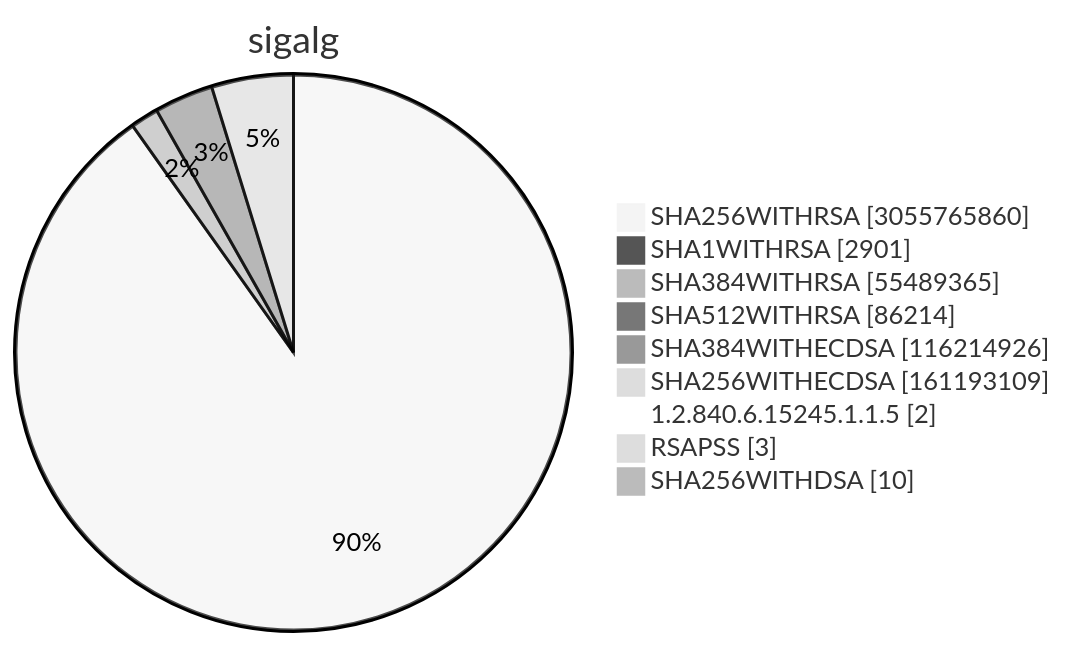
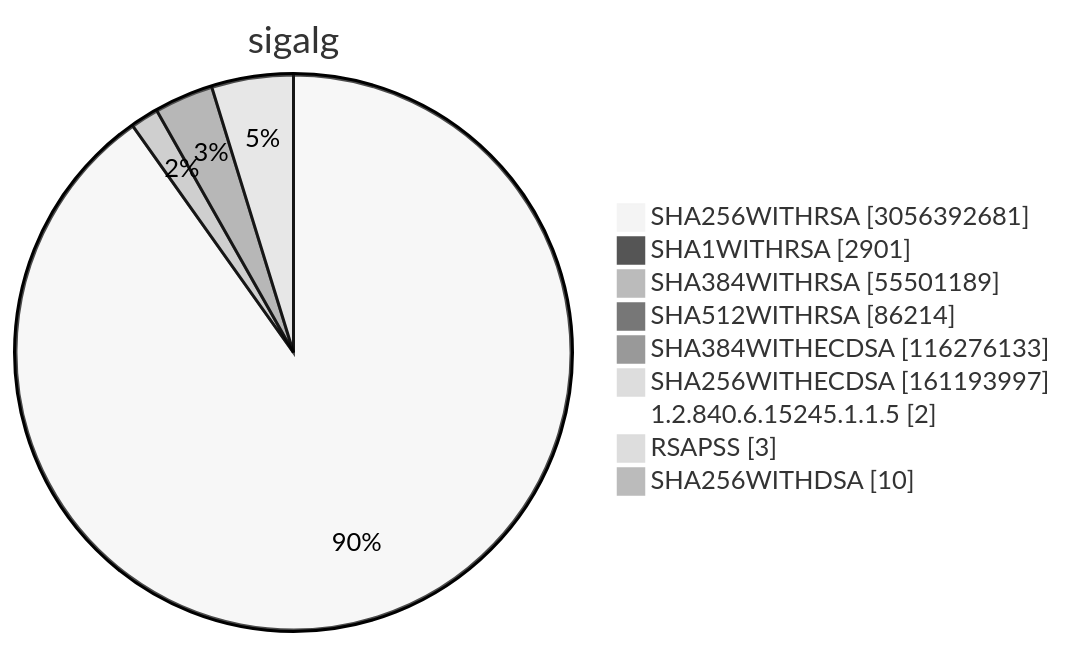
Diagram 15 of 15 in TOTAL/README.md (christiankrug/ctmonitor_visualization), drawn with Mermaid (neutral theme) before and after one commit. The commit also changed other lines of this file, not shown here.

````diff
--- a/TOTAL/README.md
+++ b/TOTAL/README.md
@@ -6209,13 +6209,13 @@
 ```mermaid
 pie showData
 title sigalg
-"SHA256WITHRSA" :3055765860
+"SHA256WITHRSA" :3056392681
 "SHA1WITHRSA" :2901
-"SHA384WITHRSA" :55489365
+"SHA384WITHRSA" :55501189
 "SHA512WITHRSA" :86214
-"SHA384WITHECDSA" :116214926
-"SHA256WITHECDSA" :161193109
+"SHA384WITHECDSA" :116276133
+"SHA256WITHECDSA" :161193997
 "1.2.840.6.15245.1.1.5" :2
 "RSAPSS" :3
 "SHA256WITHDSA" :10
 ```
````
